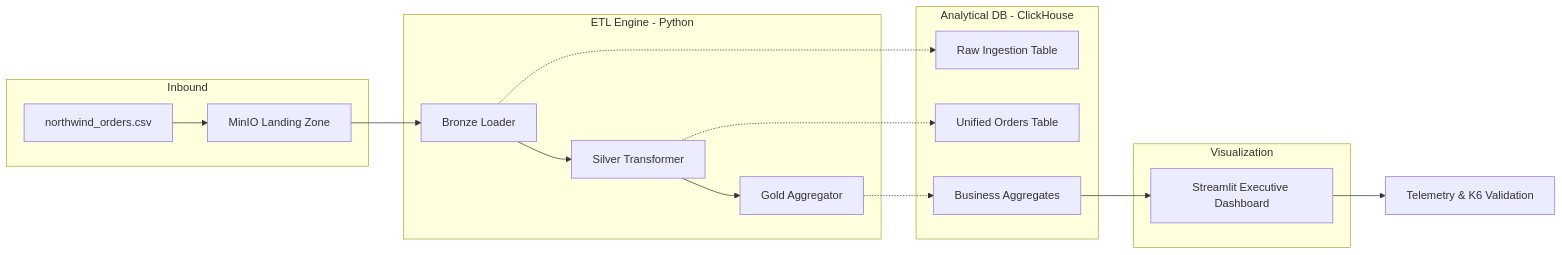
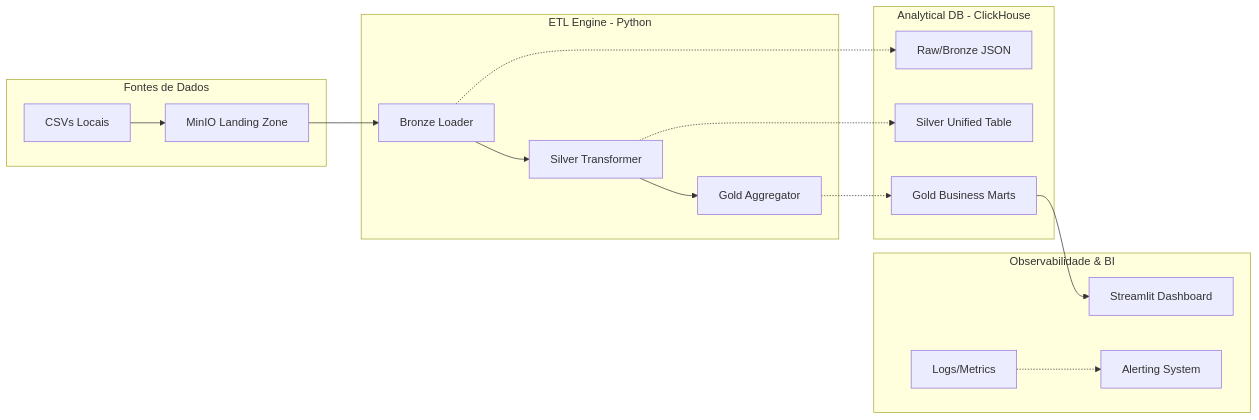
One commit to LeticiaHms/20261sre-leticia-sanchez changed the diagram in README.md. Above: the diagram before and after it, drawn with Mermaid. The commit also changed other lines of this file and 7 other files, not shown here.

Commit message:
feat: finaliza requisitos do projeto, incluindo validação de schema, alertas, CI e evidências de execução

````diff
--- a/README.md
+++ b/README.md
@@ -28,24 +11,23 @@
 ```mermaid
 graph LR
-    subgraph Inbound
-        CSV[northwind_orders.csv] --> MINIO[MinIO Landing Zone]
+    subgraph Inbound[Fontes de Dados]
+        CSV[CSVs Locais] --> MINIO[MinIO Landing Zone]
     end
     
-    subgraph ETL_Engine[ETL Engine - Python]
+    subgraph Processing[ETL Engine - Python]
         MINIO --> BRONZE[Bronze Loader]
         BRONZE --> SILVER[Silver Transformer]
         SILVER --> GOLD[Gold Aggregator]
     end
     
     subgraph Storage[Analytical DB - ClickHouse]
-        BRONZE -.-> T_ING[Raw Ingestion Table]
-        SILVER -.-> T_SILV[Unified Orders Table]
-        GOLD -.-> T_GOLD[Business Aggregates]
+        BRONZE -.-> T_RAW[Raw/Bronze JSON]
+        SILVER -.-> T_SILV[Silver Unified Table]
+        GOLD -.-> T_GOLD[Gold Business Marts]
     end
     
-    subgraph Visualization
-        T_GOLD --> DASH[Streamlit Executive Dashboard]
+    subgraph Viz[Observabilidade & BI]
+        T_GOLD --> DASH[Streamlit Dashboard]
+        PROMETHEUS[Logs/Metrics] -.-> SRE[Alerting System]
     end
-    
-    DASH --> SRE[Telemetry & K6 Validation]
 ```
````
